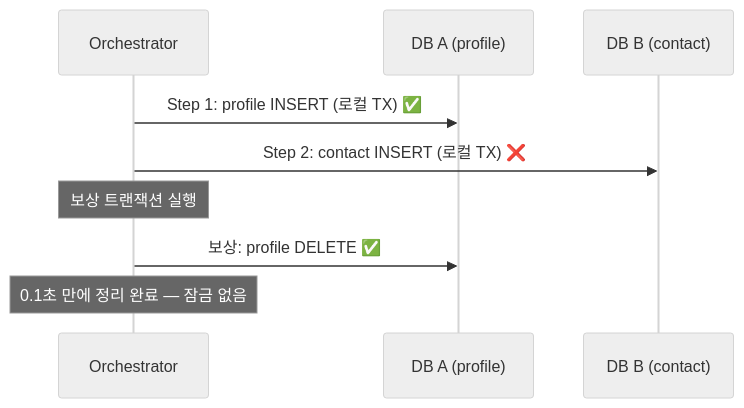
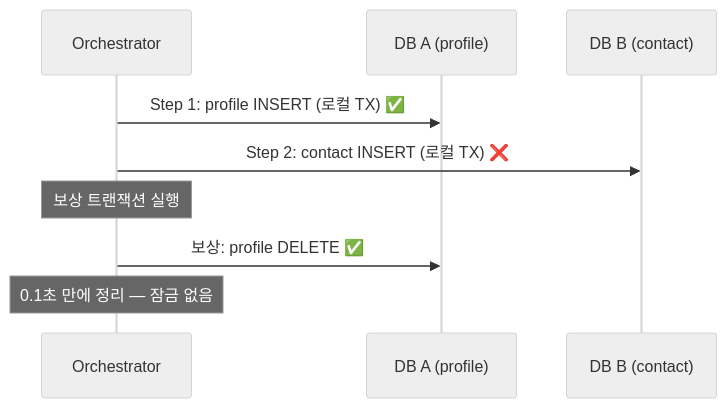
The third of 5 diagrams in _posts/2026-08-01-distributed-transaction-2pc-to-saga-to-temporal.md (kji6252/kji6252.github.io), drawn with Mermaid (neutral theme) before and after one commit. The commit also changed other lines of this file, not shown here.

First line of the commit message:
📝 블로그 전면 재작성: 각 패턴 장단점 중심 구조 + Mermaid 4종 + 페르소나 리뷰 완료

````diff
--- a/_posts/2026-08-01-distributed-transaction-2pc-to-saga-to-temporal.md
+++ b/_posts/2026-08-01-distributed-transaction-2pc-to-saga-to-temporal.md
@@ -181,11 +108,11 @@
 ```mermaid
 sequenceDiagram
     participant O as Orchestrator
     participant DBA as DB A (profile)
     participant DBB as DB B (contact)
     O->>DBA: Step 1: profile INSERT (로컬 TX) ✅
     O->>DBB: Step 2: contact INSERT (로컬 TX) ❌
     Note over O: 보상 트랜잭션 실행
     O->>DBA: 보상: profile DELETE ✅
-    Note over O: 0.1초 만에 정리 완료 — 잠금 없음
+    Note over O: 0.1초 만에 정리 — 잠금 없음
 ```
````
